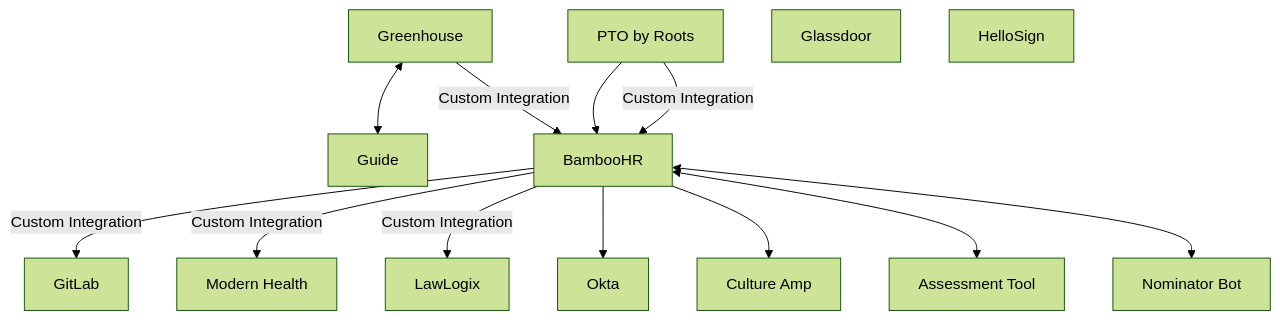
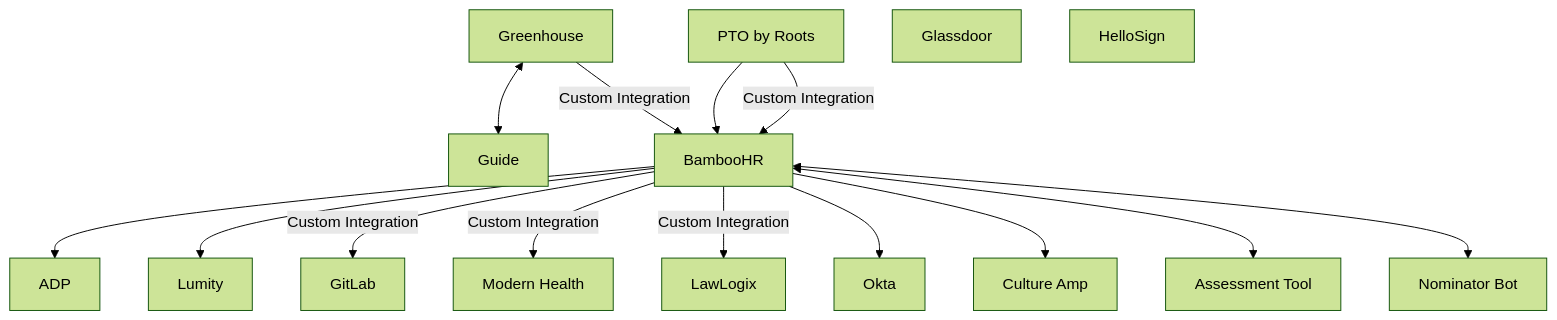
Before and after one commit to secretstartups/handbook: the diagram in people-group/systems-architecture/index.html.md, drawn with Mermaid (forest theme).

Commit message:
Add ADP and Lumity

````diff
--- a/people-group/systems-architecture/index.html.md
+++ b/people-group/systems-architecture/index.html.md
@@ -17,30 +17,35 @@
 ```mermaid
 flowchart TD
     A[Greenhouse]
     B[BambooHR]
     C[GitLab]
     D[Modern Health]
     E[PTO by Roots]
     F[LawLogix]
     G[Okta]
     H[Culture Amp]
     I[Assessment Tool]
     J[Nominator Bot]
     K[Guide]
     L[Glassdoor]
     M[HelloSign]
+    N[ADP]
+    O[Lumity]
+
+    B --> N
+    B --> O
 
     A <--> K
     A -->|Custom Integration| B
     B --> |Custom Integration| C
     B --> |Custom Integration| D
     B --> |Custom Integration| F
     B --> G
     B --> H
     B <--> I
     B <--> J
   
 
     E --> B
     E --> |Custom Integration| B
 ```
````
